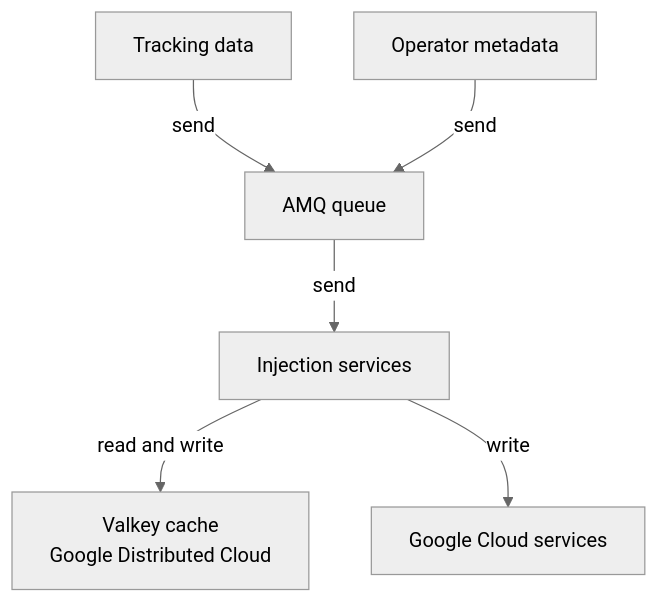
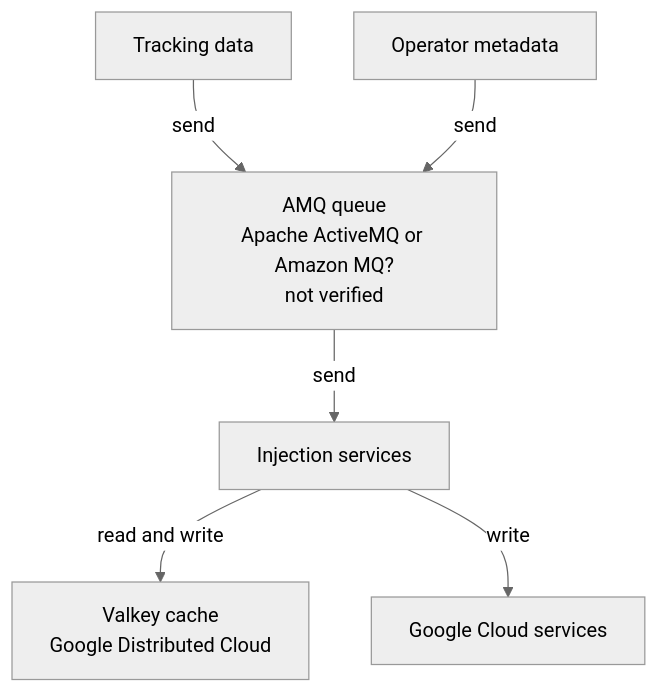
One commit to hsmahon/savant-stats changed the first of 5 diagrams in README.md. Above: the diagram before and after it, drawn with Mermaid (neutral theme). The commit also changed other lines of this file and 20 other files, not shown here.

First line of the commit message:
Organize API routes and service schemas

````diff
--- a/README.md
+++ b/README.md
@@ -13,8 +13,8 @@
 ```mermaid
 flowchart TB
-  tracking[Tracking data] -->|send| queue[AMQ queue]
+  tracking[Tracking data] -->|send| queue["AMQ queue<br/>Apache ActiveMQ or Amazon MQ?<br/>not verified"]
   operator[Operator metadata] -->|send| queue
   queue -->|send| service[Injection services]
   service -->|read and write| cache[Valkey cache<br/>Google Distributed Cloud]
   service -->|write| cloud[Google Cloud services]
 ```
````
